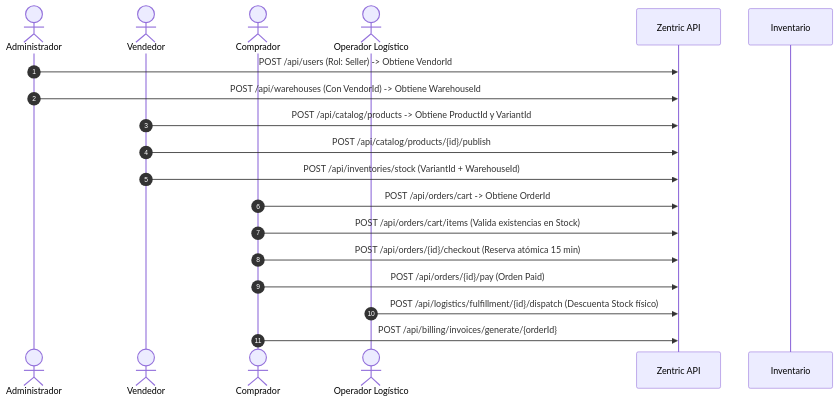
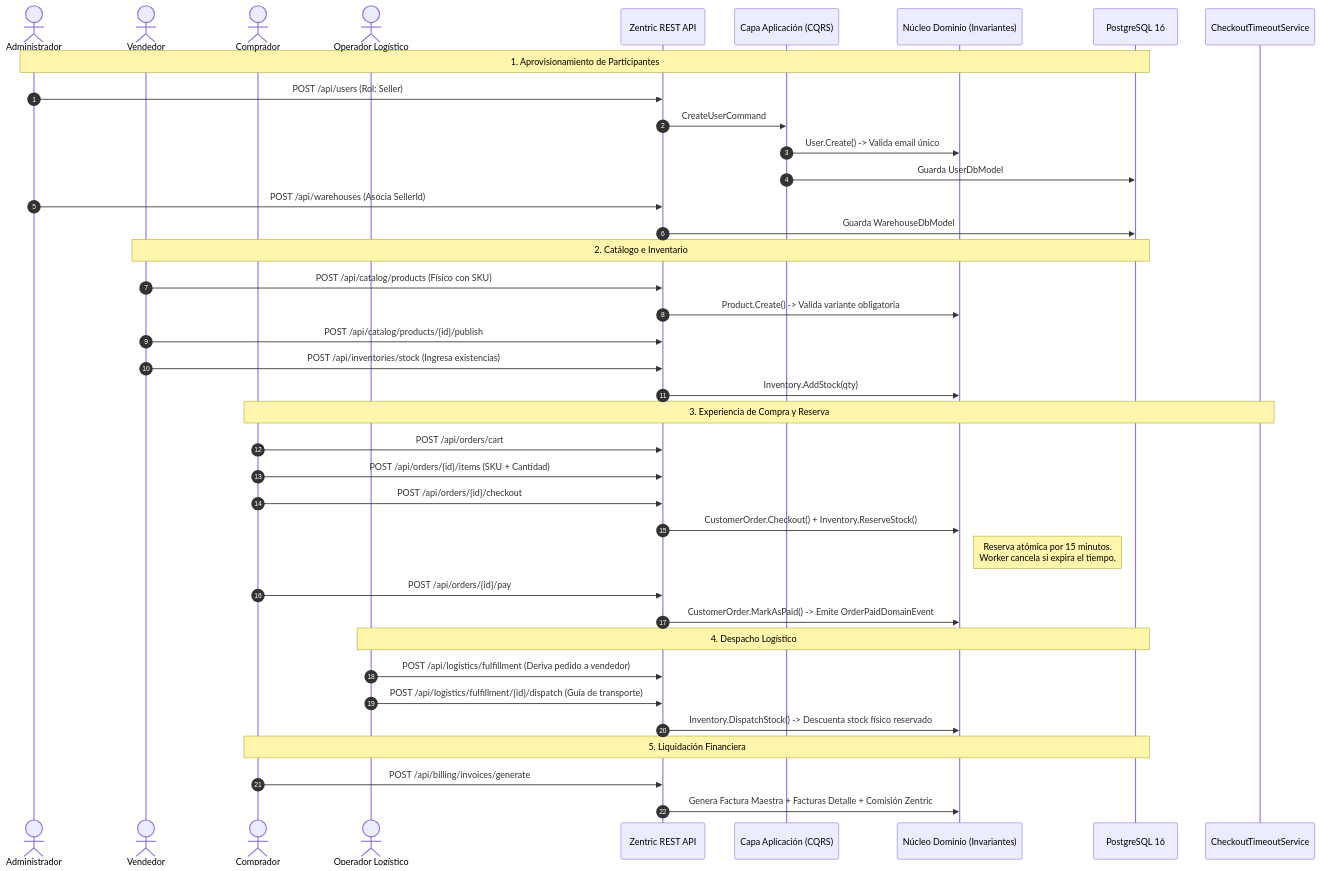
One commit to D-MachadoDev/zentric-backend changed the third of 3 diagrams in README.md. Above: the diagram before and after it, drawn with Mermaid. The commit also changed other lines of this file, not shown here.

Commit message:
docs: publicar readme academico integral con rubrica docente, diagramas mermaid y guia cero friccion

````diff
--- a/README.md
+++ b/README.md
@@ -161,22 +252,46 @@
 ```mermaid
 sequenceDiagram
     autonumber
     actor Admin as Administrador
-    actor Vendor as Vendedor
+    actor Seller as Vendedor
     actor Buyer as Comprador
-    actor Logist as Operador Logístico
-    participant API as Zentric API
-    participant Stock as Inventario
+    actor Logistics as Operador Logístico
+    participant API as Zentric REST API
+    participant App as Capa Aplicación (CQRS)
+    participant Domain as Núcleo Dominio (Invariantes)
+    participant DB as PostgreSQL 16
+    participant Worker as CheckoutTimeoutService
 
-    Admin->>API: POST /api/users (Rol: Seller) -> Obtiene VendorId
-    Admin->>API: POST /api/warehouses (Con VendorId) -> Obtiene WarehouseId
-    Vendor->>API: POST /api/catalog/products -> Obtiene ProductId y VariantId
-    Vendor->>API: POST /api/catalog/products/{id}/publish
-    Vendor->>API: POST /api/inventories/stock (VariantId + WarehouseId)
-    Buyer->>API: POST /api/orders/cart -> Obtiene OrderId
-    Buyer->>API: POST /api/orders/cart/items (Valida existencias en Stock)
-    Buyer->>API: POST /api/orders/{id}/checkout (Reserva atómica 15 min)
-    Buyer->>API: POST /api/orders/{id}/pay (Orden Paid)
-    Logist->>API: POST /api/logistics/fulfillment/{id}/dispatch (Descuenta Stock físico)
-    Buyer->>API: POST /api/billing/invoices/generate/{orderId}
+    Note over Admin,DB: 1. Aprovisionamiento de Participantes
+    Admin->>API: POST /api/users (Rol: Seller)
+    API->>App: CreateUserCommand
+    App->>Domain: User.Create() -> Valida email único
+    App->>DB: Guarda UserDbModel
+    Admin->>API: POST /api/warehouses (Asocia SellerId)
+    API->>DB: Guarda WarehouseDbModel
+
+    Note over Seller,DB: 2. Catálogo e Inventario
+    Seller->>API: POST /api/catalog/products (Físico con SKU)
+    API->>Domain: Product.Create() -> Valida variante obligatoria
+    Seller->>API: POST /api/catalog/products/{id}/publish
+    Seller->>API: POST /api/inventories/stock (Ingresa existencias)
+    API->>Domain: Inventory.AddStock(qty)
+
+    Note over Buyer,Worker: 3. Experiencia de Compra y Reserva
+    Buyer->>API: POST /api/orders/cart
+    Buyer->>API: POST /api/orders/{id}/items (SKU + Cantidad)
+    Buyer->>API: POST /api/orders/{id}/checkout
+    API->>Domain: CustomerOrder.Checkout() + Inventory.ReserveStock()
+    Note right of Domain: Reserva atómica por 15 minutos.<br/>Worker cancela si expira el tiempo.
+    Buyer->>API: POST /api/orders/{id}/pay
+    API->>Domain: CustomerOrder.MarkAsPaid() -> Emite OrderPaidDomainEvent
+
+    Note over Logistics,DB: 4. Despacho Logístico
+    Logistics->>API: POST /api/logistics/fulfillment (Deriva pedido a vendedor)
+    Logistics->>API: POST /api/logistics/fulfillment/{id}/dispatch (Guía de transporte)
+    API->>Domain: Inventory.DispatchStock() -> Descuenta stock físico reservado
+
+    Note over Buyer,DB: 5. Liquidación Financiera
+    Buyer->>API: POST /api/billing/invoices/generate
+    API->>Domain: Genera Factura Maestra + Facturas Detalle + Comisión Zentric
 ```
````
